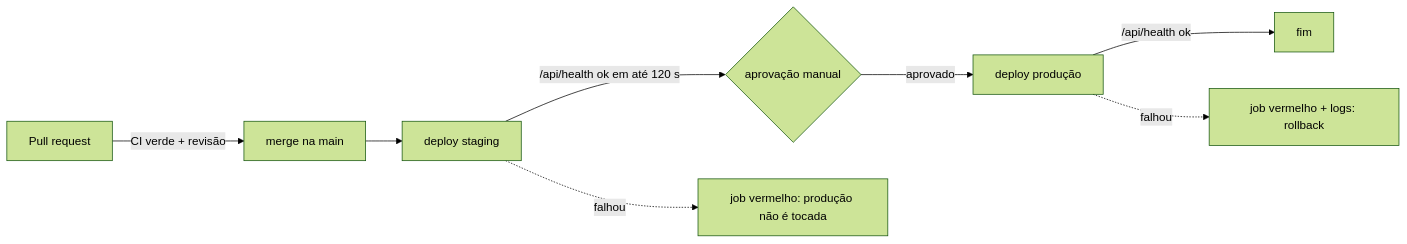
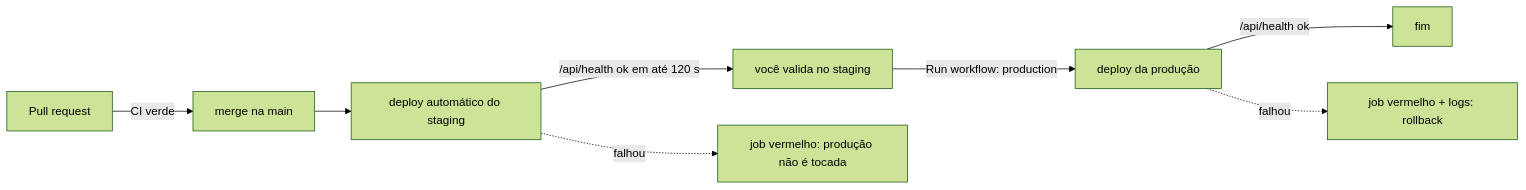
The diagram in docs/deploy.md (ranieryfialho/sol-planet), drawn with Mermaid (forest theme) before and after one commit. The commit also changed other lines of this file and 4 other files, not shown here.

First line of the commit message:
ci(deploy): produção só por acionamento manual a partir da main

````diff
--- a/docs/deploy.md
+++ b/docs/deploy.md
@@ -21,10 +21,10 @@
 ```mermaid
 flowchart LR
-    PR[Pull request] -->|CI verde + revisão| M[merge na main]
-    M --> S[deploy staging]
-    S -->|/api/health ok em até 120 s| A{aprovação manual}
-    A -->|aprovado| P[deploy produção]
+    PR[Pull request] -->|CI verde| M[merge na main]
+    M --> S[deploy automático do staging]
+    S -->|/api/health ok em até 120 s| V[você valida no staging]
+    V -->|Run workflow: production| P[deploy da produção]
     P -->|/api/health ok| F[fim]
     S -. falhou .-> X[job vermelho: produção não é tocada]
     P -. falhou .-> X2[job vermelho + logs: rollback]
 ```
````
